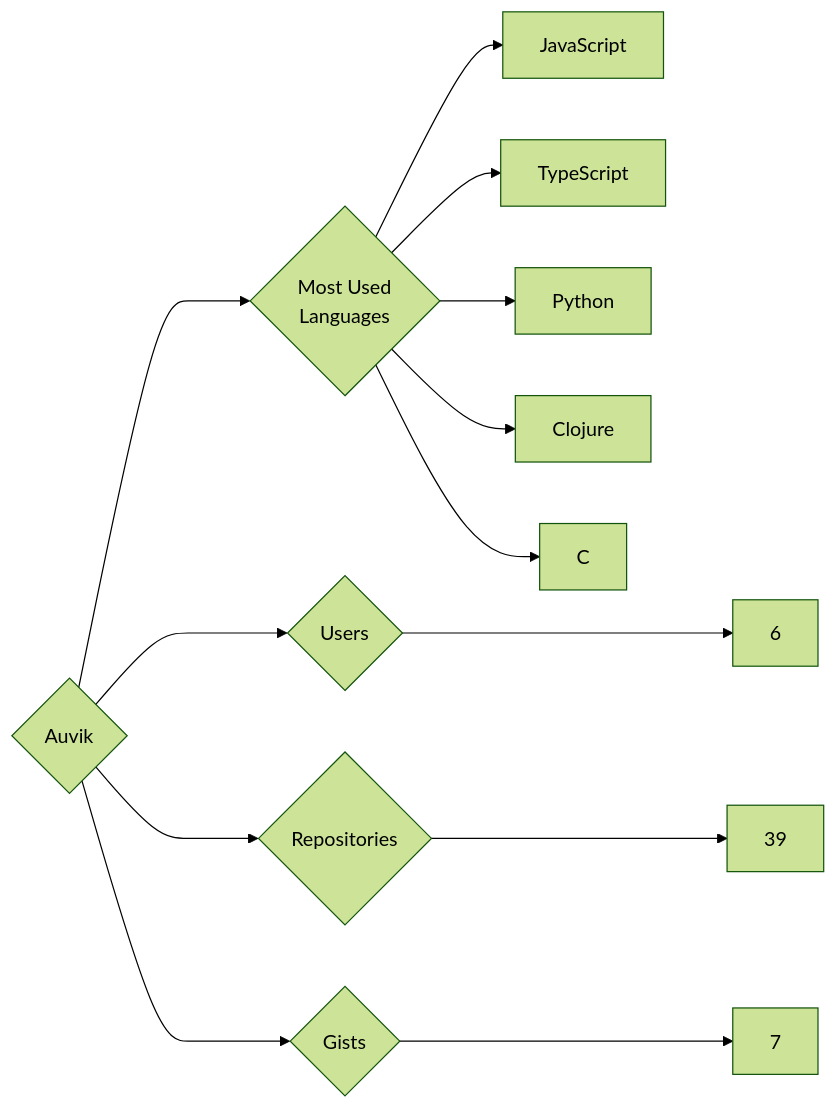
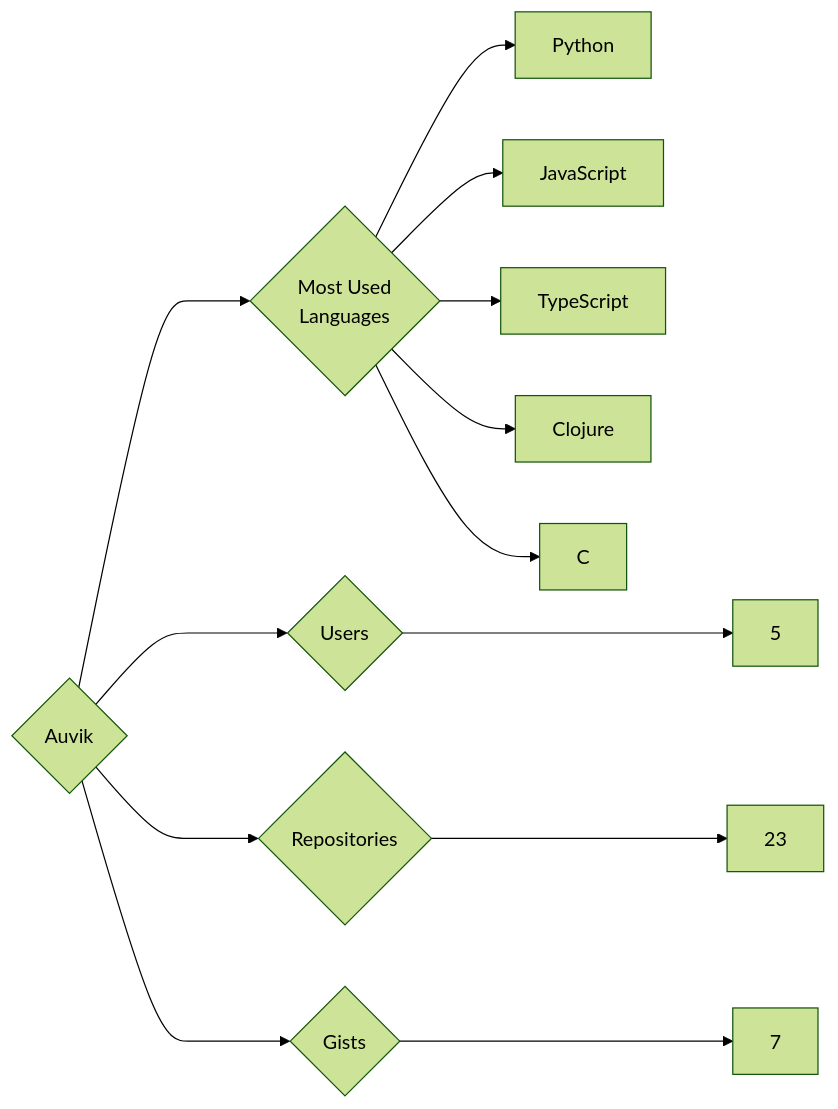
The diagram in targets/Auvik/README.md (trickest/insiders), drawn with Mermaid (forest theme) before and after one commit. The commit also changed 1055 other files, not shown here.

````diff
--- a/targets/Auvik/README.md
+++ b/targets/Auvik/README.md
@@ -3,13 +3,13 @@
 ```mermaid
 graph LR
 COMPANY_NAME{Auvik}
-COMPANY_NAME ---> U{Users} ---> UN[6]
-COMPANY_NAME ---> R{Repositories} ---> RN[39]
+COMPANY_NAME ---> U{Users} ---> UN[5]
+COMPANY_NAME ---> R{Repositories} ---> RN[23]
 COMPANY_NAME ---> G{Gists} ---> GN[7]
 COMPANY_NAME ---> ML{Most Used<br>Languages}
+ML --> Python[Python]
 ML --> JavaScript[JavaScript]
 ML --> TypeScript[TypeScript]
-ML --> Python[Python]
 ML --> Clojure[Clojure]
 ML --> C[C]
 ```
````
